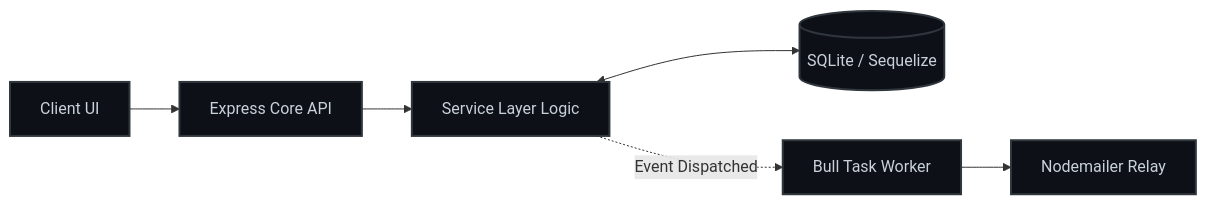
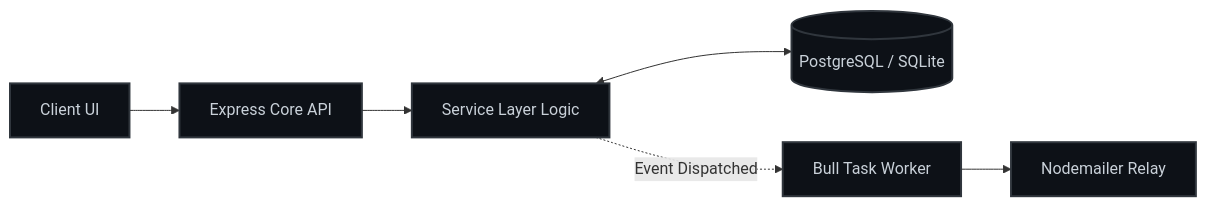
The diagram in README.md (benthongtiang/wowmom-adlc), drawn with Mermaid before and after one commit. The commit also changed other lines of this file and 16 other files, not shown here.

Commit message:
refactor: add Docker support, migrate to PostgreSQL, and remove redundant ADLC project documentation

````diff
--- a/README.md
+++ b/README.md
@@ -45,11 +46,11 @@
 ```mermaid
 graph LR
     Client[Client UI] --> API[Express Core API]
     API --> Service[Service Layer Logic]
-    Service <--> DB[(SQLite / Sequelize)]
+    Service <--> DB[(PostgreSQL / SQLite)]
     Service -. Event Dispatched .-> Worker[Bull Task Worker]
     Worker --> SMTP[Nodemailer Relay]
     
     classDef core fill:#0d1117,stroke:#30363d,stroke-width:2px,color:#c9d1d9;
     class Client,API,Service,DB,Worker,SMTP core;
 ```
````
